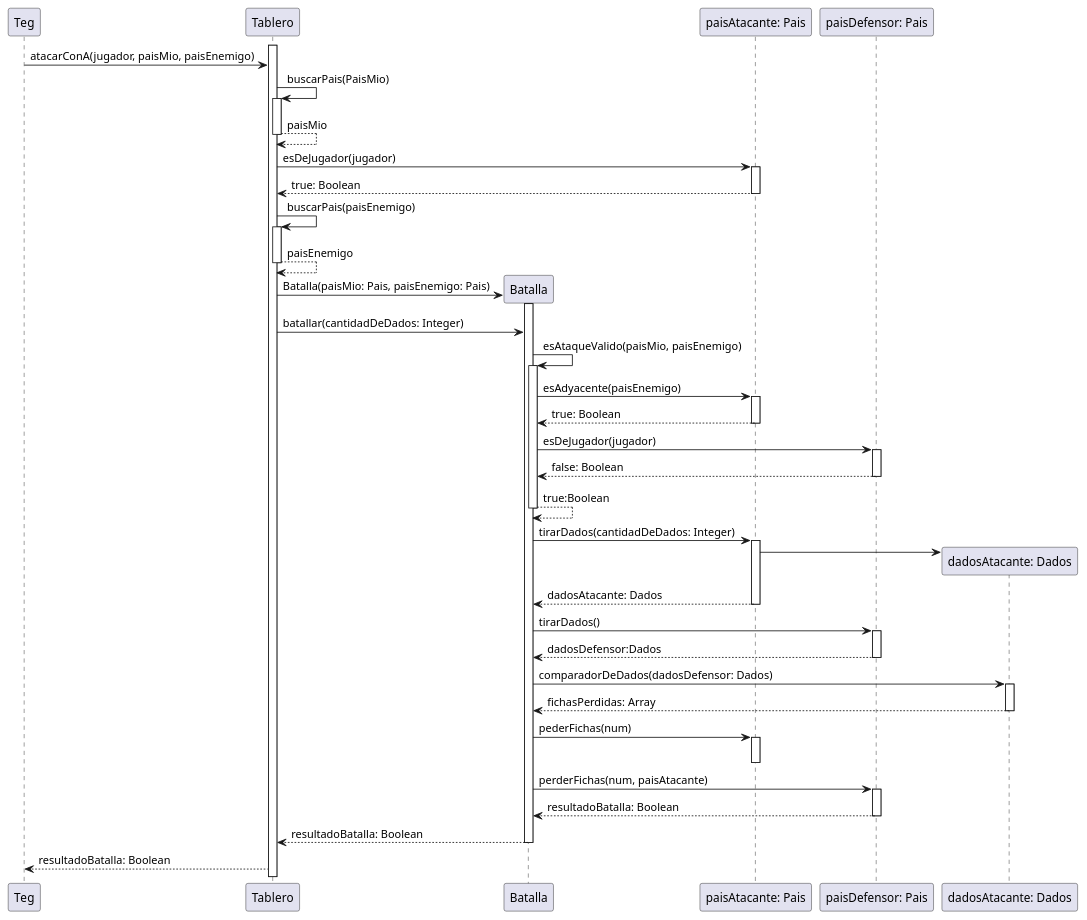
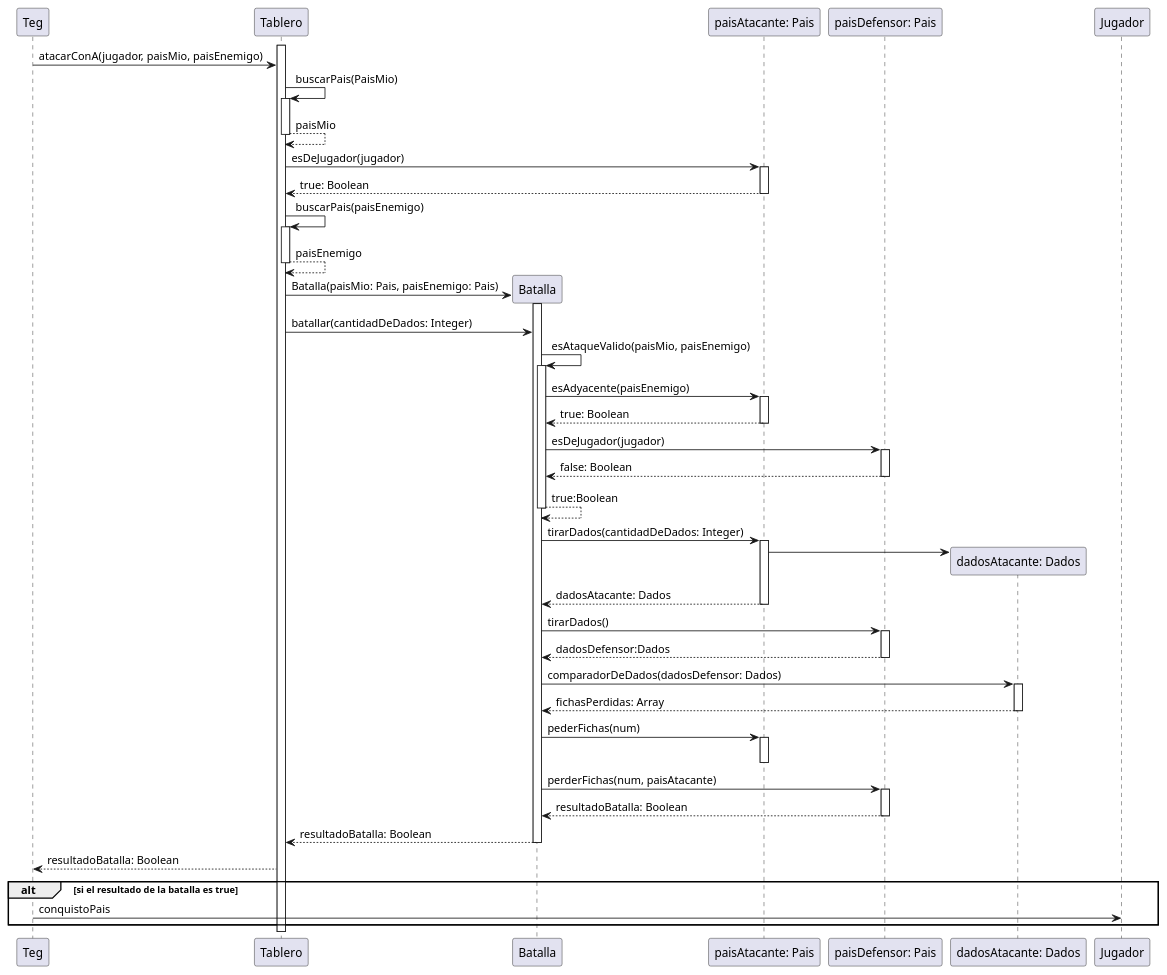
One commit to mpata2000/Algo3-TP2-TEG changed the diagram in docs/Diagramas/Codigo/DiagramaDeSecuenciaUnPaisAtacaAOtro.puml. Above: the diagram before and after it, drawn with PlantUML. The commit also changed 4 other files, not shown here.

Commit message:
Arreglo diagrama un pais ataca a otro

```diff
--- a/docs/Diagramas/Codigo/DiagramaDeSecuenciaUnPaisAtacaAOtro.puml
+++ b/docs/Diagramas/Codigo/DiagramaDeSecuenciaUnPaisAtacaAOtro.puml
@@ -1,67 +1,72 @@
 @startuml DiagramaDeSecuenciaUnPaisAtacaAOtro-V0.6
 
 Participant Teg
 Participant Tablero
 Participant Batalla
 Participant Pais as "paisAtacante: Pais"
 Participant PaisEnemigo as "paisDefensor: Pais"
 Participant DadosAtacante as "dadosAtacante: Dados"
 
 activate Tablero
 Teg->Tablero: atacarConA(jugador, paisMio, paisEnemigo)
 Tablero -> Tablero: buscarPais(PaisMio)
 activate Tablero
 Tablero --> Tablero: paisMio
 deactivate Tablero
 Tablero -> Pais: esDeJugador(jugador)
 activate Pais
 Pais --> Tablero: true: Boolean
 deactivate Pais
 Tablero -> Tablero: buscarPais(paisEnemigo)
 activate Tablero
 Tablero --> Tablero: paisEnemigo
 deactivate Tablero
 create Batalla
 Tablero -> Batalla: Batalla(paisMio: Pais, paisEnemigo: Pais)
 activate Batalla
 Tablero -> Batalla: batallar(cantidadDeDados: Integer)
 
 
 Batalla -> Batalla: esAtaqueValido(paisMio, paisEnemigo)
 activate Batalla
 Batalla -> Pais: esAdyacente(paisEnemigo)
 activate Pais
 Pais --> Batalla: true: Boolean
 deactivate Pais
 Batalla -> PaisEnemigo: esDeJugador(jugador)
 activate PaisEnemigo
 PaisEnemigo --> Batalla: false: Boolean
+
 deactivate PaisEnemigo
 Batalla --> Batalla: true:Boolean
 deactivate Batalla
 Batalla -> Pais: tirarDados(cantidadDeDados: Integer)
 activate Pais
 create DadosAtacante
 Pais-> DadosAtacante
 Pais --> Batalla: dadosAtacante: Dados
 deactivate Pais
 Batalla -> PaisEnemigo: tirarDados()
 activate PaisEnemigo
 PaisEnemigo --> Batalla: dadosDefensor:Dados
 deactivate PaisEnemigo
 Batalla -> DadosAtacante: comparadorDeDados(dadosDefensor: Dados)
 activate DadosAtacante
 DadosAtacante --> Batalla: fichasPerdidas: Array
 deactivate DadosAtacante
 Batalla -> Pais: pederFichas(num)
 activate Pais
 deactivate Pais
 Batalla -> PaisEnemigo: perderFichas(num, paisAtacante)
 activate PaisEnemigo
 PaisEnemigo --> Batalla: resultadoBatalla: Boolean
 deactivate PaisEnemigo
 Batalla --> Tablero: resultadoBatalla: Boolean
 deactivate Batalla
 Tablero --> Teg: resultadoBatalla: Boolean
 
+alt si el resultado de la batalla es true
+    Teg -> Jugador: conquistoPais
+end
+
 @enduml
```
